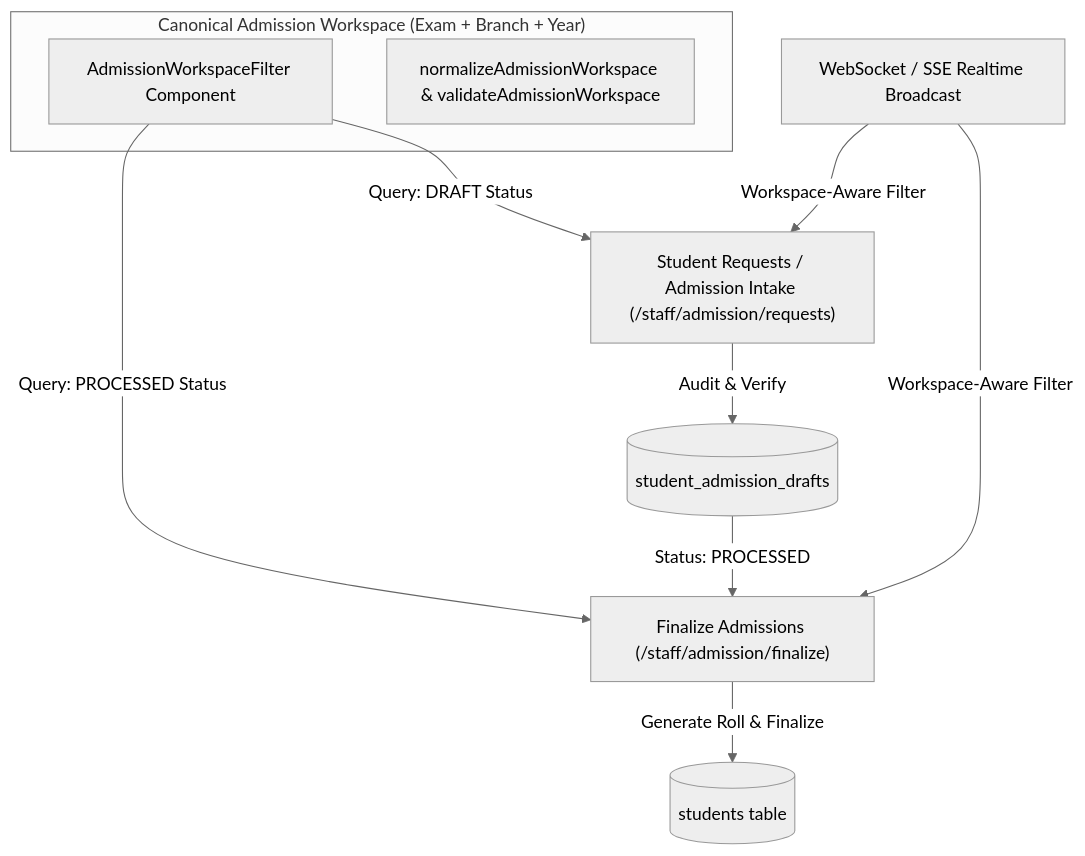
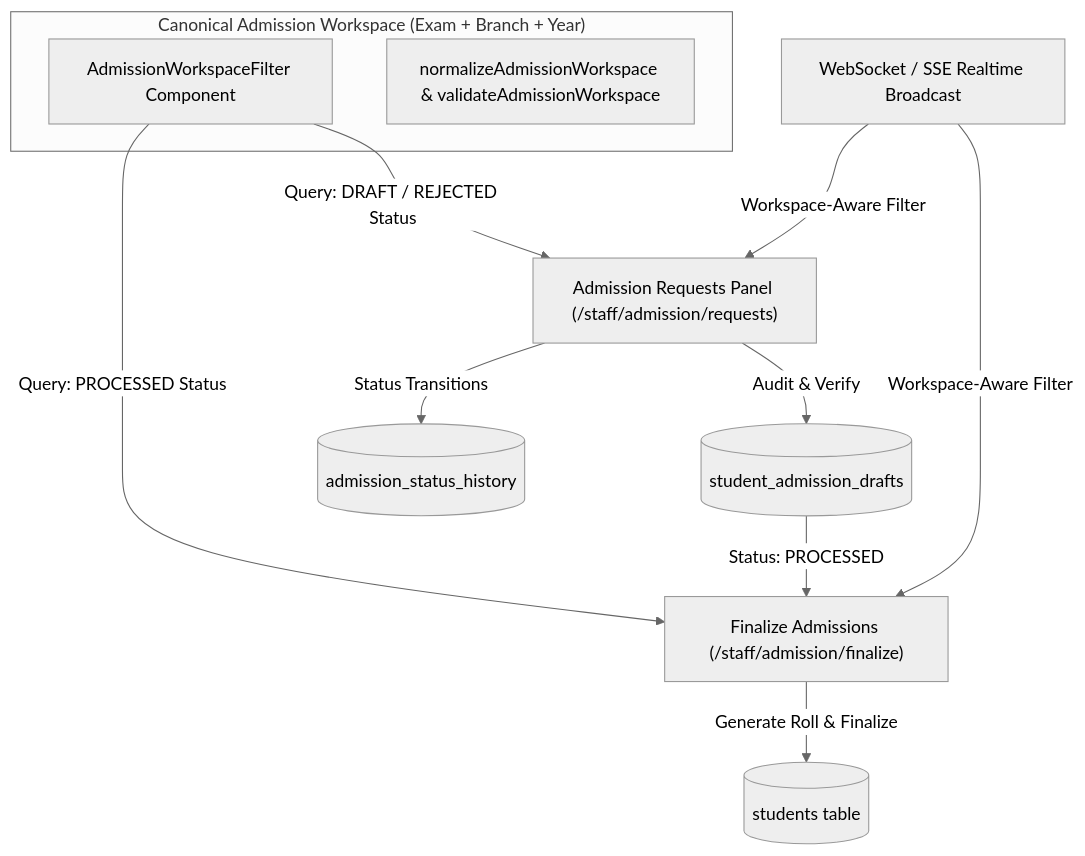
One commit to GouthamA15/KUCET_College_Management_System changed the third of 4 diagrams in DOCUMENTATION/features/admissions.md. Above: the diagram before and after it, drawn with Mermaid (neutral theme). The commit also changed other lines of this file and 19 other files, not shown here.

Commit message:
feat(admissions): unify admission draft filtering, workspace controls, search, and soft rejection history

````diff
--- a/DOCUMENTATION/features/admissions.md
+++ b/DOCUMENTATION/features/admissions.md
@@ -98,17 +113,18 @@
 ```mermaid
 flowchart TD
     subgraph AdmissionWorkspace["Canonical Admission Workspace (Exam + Branch + Year)"]
         Filter[AdmissionWorkspaceFilter Component]
         Norm[normalizeAdmissionWorkspace & validateAdmissionWorkspace]
     end
 
-    Filter -->|Query: DRAFT Status| ReqTab["Student Requests / Admission Intake (/staff/admission/requests)"]
+    Filter -->|Query: DRAFT / REJECTED Status| ReqTab["Admission Requests Panel (/staff/admission/requests)"]
     Filter -->|Query: PROCESSED Status| FinPage["Finalize Admissions (/staff/admission/finalize)"]
 
     ReqTab -->|Audit & Verify| DB[(student_admission_drafts)]
+    ReqTab -->|Status Transitions| Hist[(admission_status_history)]
     DB -->|Status: PROCESSED| FinPage
     FinPage -->|Generate Roll & Finalize| LiveDB[(students table)]
 
     SSE[WebSocket / SSE Realtime Broadcast] -->|Workspace-Aware Filter| ReqTab
     SSE -->|Workspace-Aware Filter| FinPage
 ```
````
